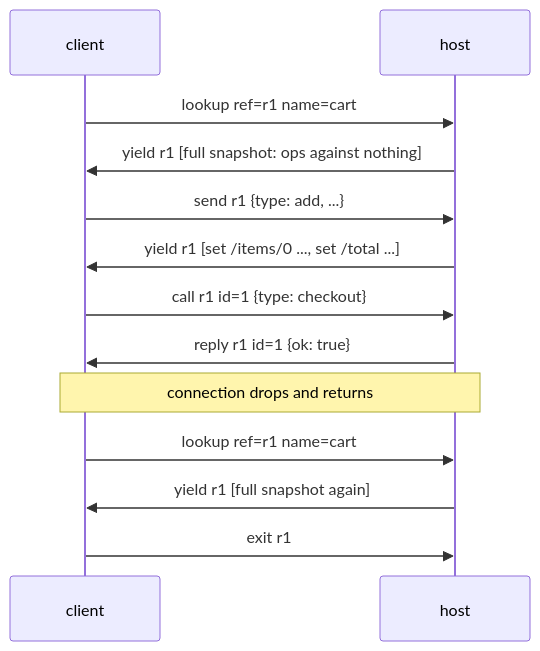
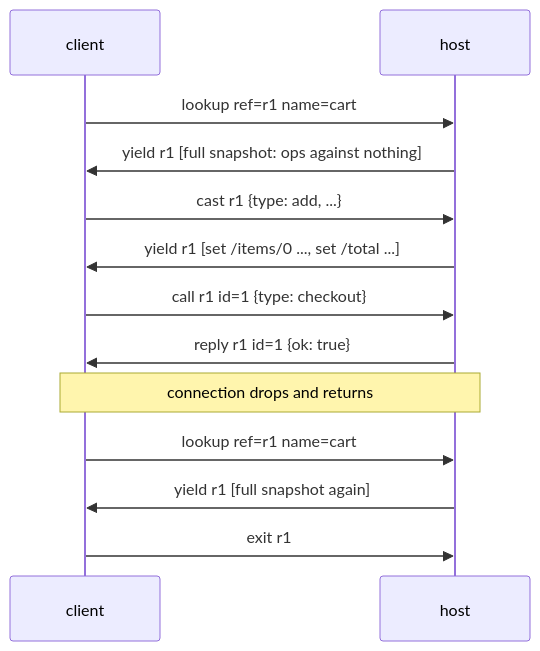
The diagram in docs/PROTOCOL.md (twfarland/nonchalant), drawn with Mermaid before and after one commit. The commit also changed other lines of this file and 101 other files, not shown here.

````diff
--- a/docs/PROTOCOL.md
+++ b/docs/PROTOCOL.md
@@ -32,15 +36,15 @@
 ```mermaid
 sequenceDiagram
     participant C as client
     participant H as host
     C->>H: lookup ref=r1 name=cart
     H->>C: yield r1 [full snapshot: ops against nothing]
-    C->>H: send r1 {type: add, ...}
+    C->>H: cast r1 {type: add, ...}
     H->>C: yield r1 [set /items/0 ..., set /total ...]
     C->>H: call r1 id=1 {type: checkout}
     H->>C: reply r1 id=1 {ok: true}
     Note over C,H: connection drops and returns
     C->>H: lookup ref=r1 name=cart
     H->>C: yield r1 [full snapshot again]
     C->>H: exit r1
 ```
````
